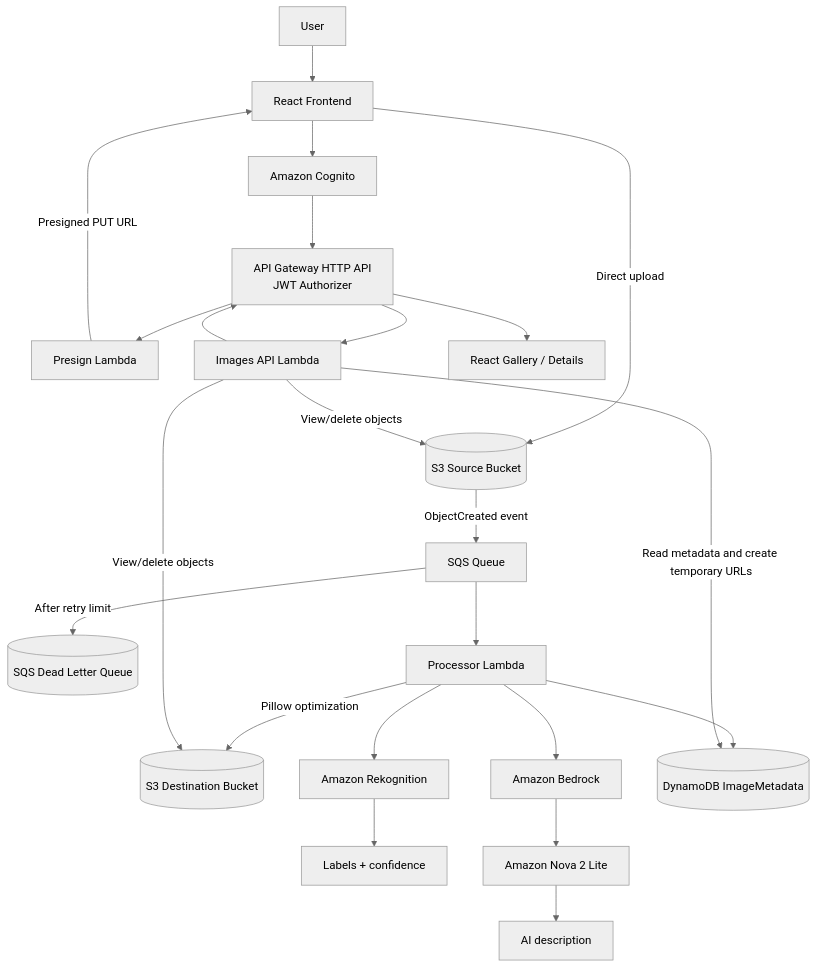
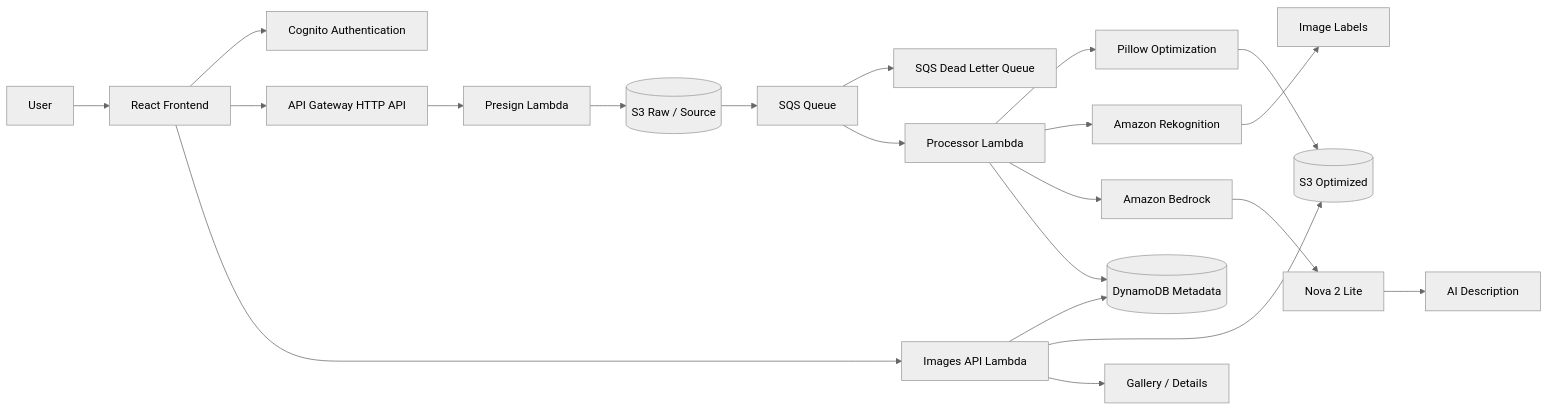
One commit to shagunkimothi/eventdriven-imageapp changed the diagram in README.md. Above: the diagram before and after it, drawn with Mermaid (neutral theme). The commit also changed other lines of this file, not shown here.

````diff
--- a/README.md
+++ b/README.md
@@ -27,27 +33,31 @@
 ```mermaid
-flowchart TD
-    U[User] --> F[React Frontend]
-    F --> C[Amazon Cognito]
-    C --> A[API Gateway HTTP API<br/>JWT Authorizer]
-    A --> P[Presign Lambda]
-    P -->|Presigned PUT URL| F
-    F -->|Direct upload| S[(S3 Source Bucket)]
-    S -->|ObjectCreated event| Q[SQS Queue]
-    Q -->|After retry limit| DLQ[(SQS Dead Letter Queue)]
-    Q --> R[Processor Lambda]
+flowchart LR
+    U[User] --> FE[React Frontend]
+    FE --> C[Cognito Authentication]
+    FE --> API[API Gateway HTTP API]
 
-    R -->|Pillow optimization| D[(S3 Destination Bucket)]
-    R --> K[Amazon Rekognition]
-    K --> L[Labels + confidence]
-    R --> B[Amazon Bedrock]
-    B --> N[Amazon Nova 2 Lite]
-    N --> T[AI description]
-    R --> M[(DynamoDB ImageMetadata)]
+    API --> P[Presign Lambda]
+    P --> S3R[(S3 Raw / Source)]
 
-    A --> I[Images API Lambda]
-    I -->|Read metadata and create temporary URLs| M
-    I -->|View/delete objects| S
-    I -->|View/delete objects| D
-    I --> A
-    A --> G[React Gallery / Details]
+    S3R --> Q[SQS Queue]
+    Q --> DLQ[SQS Dead Letter Queue]
+    Q --> PROC[Processor Lambda]
+
+    PROC --> PIL[Pillow Optimization]
+    PIL --> S3O[(S3 Optimized)]
+
+    PROC --> REK[Amazon Rekognition]
+    REK --> LABELS[Image Labels]
+
+    PROC --> BED[Amazon Bedrock]
+    BED --> NOVA[Nova 2 Lite]
+    NOVA --> DESC[AI Description]
+
+    PROC --> DB[(DynamoDB Metadata)]
+
+    FE --> IMG[Images API Lambda]
+    IMG --> DB
+    IMG --> S3O
+
+    IMG --> G[Gallery / Details]
 ```
````
